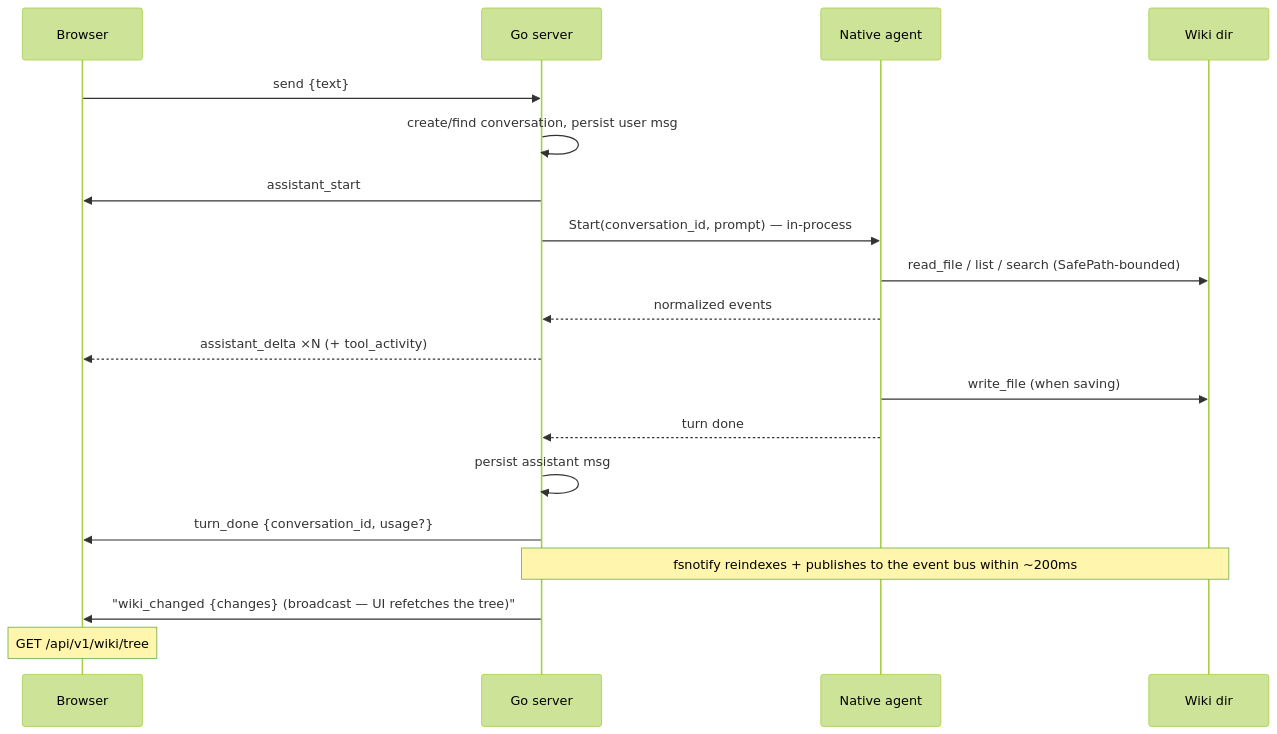
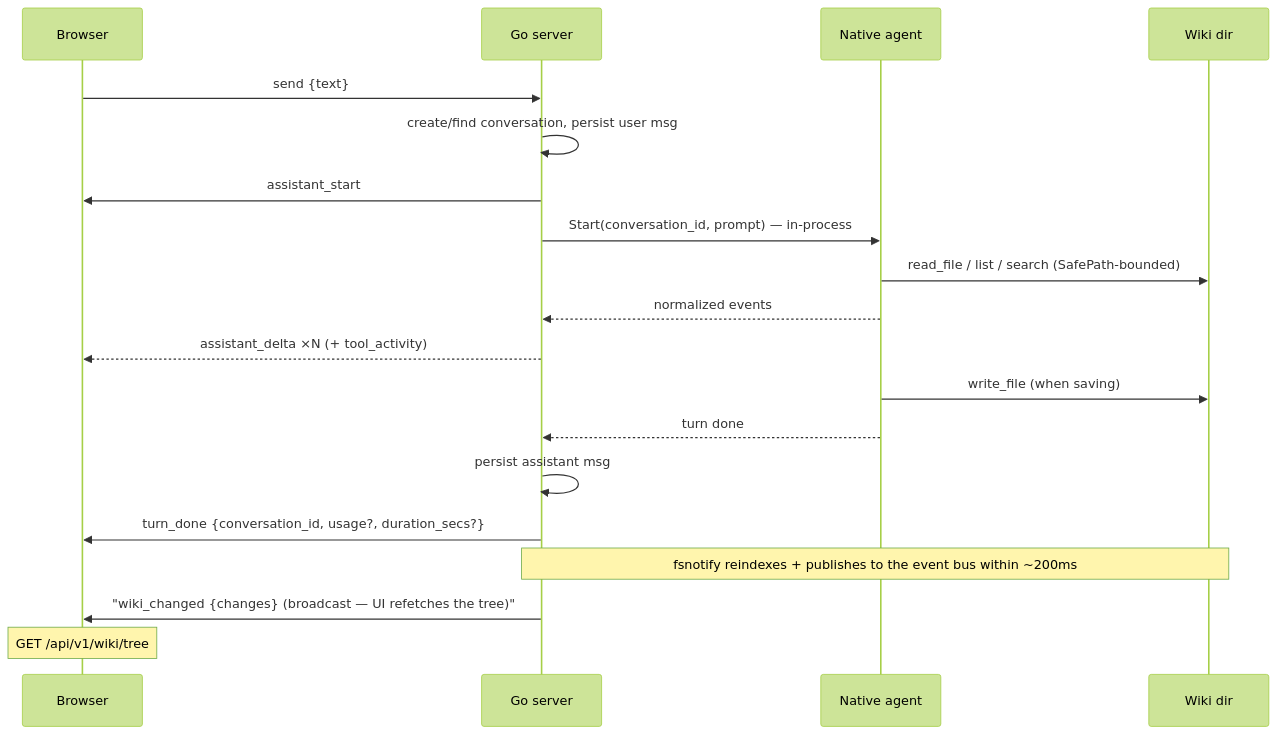
One commit to shiv-source/thoth changed the diagram in docs/api.md. Above: the diagram before and after it, drawn with Mermaid (forest theme). The commit also changed other lines of this file and 26 other files, not shown here.

Commit message:
feat(chat): show per-turn token usage, duration, and conversation totals

````diff
--- a/docs/api.md
+++ b/docs/api.md
@@ -52,22 +54,22 @@
 ```mermaid
 sequenceDiagram
     participant UI as Browser
     participant Go as Go server
     participant NA as Native agent
     participant W as Wiki dir
 
     UI->>Go: send {text}
     Go->>Go: create/find conversation, persist user msg
     Go->>UI: assistant_start
     Go->>NA: Start(conversation_id, prompt) — in-process
     NA->>W: read_file / list / search (SafePath-bounded)
     NA-->>Go: normalized events
     Go-->>UI: assistant_delta ×N (+ tool_activity)
     NA->>W: write_file (when saving)
     NA-->>Go: turn done
     Go->>Go: persist assistant msg
-    Go->>UI: turn_done {conversation_id, usage?}
+    Go->>UI: turn_done {conversation_id, usage?, duration_secs?}
     Note over W,Go: fsnotify reindexes + publishes to the event bus within ~200ms
     Go->>UI: "wiki_changed {changes} (broadcast — UI refetches the tree)"
     Note over UI: GET /api/v1/wiki/tree
 ```
````
